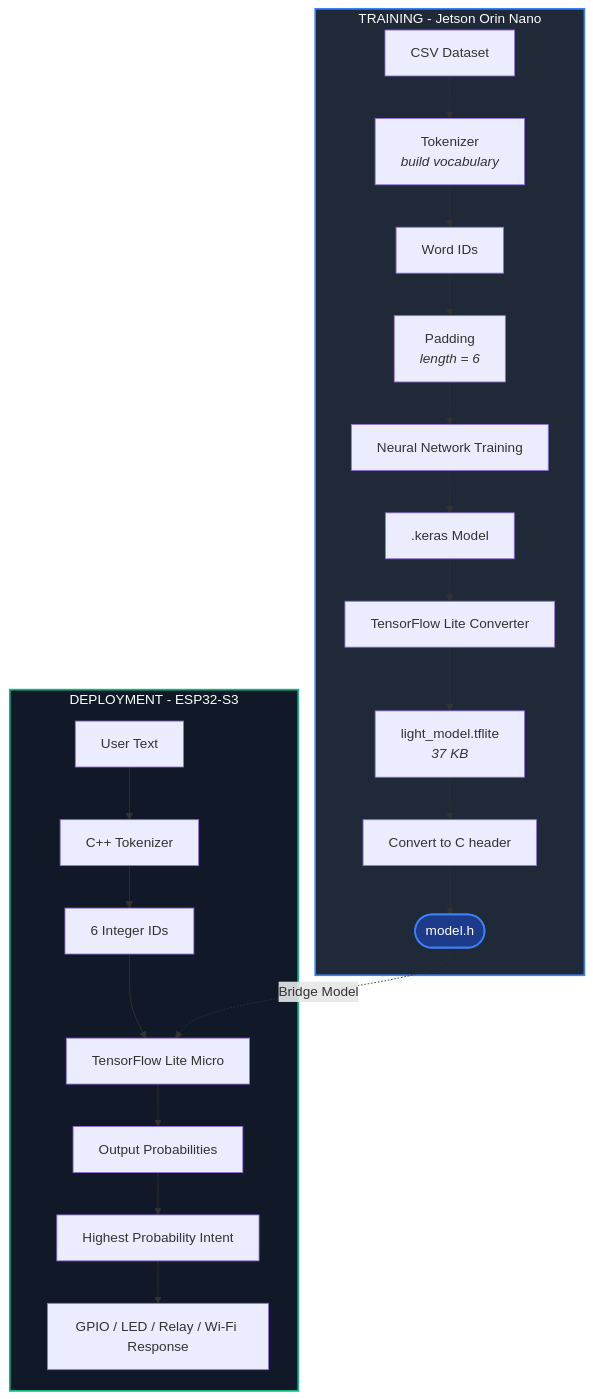
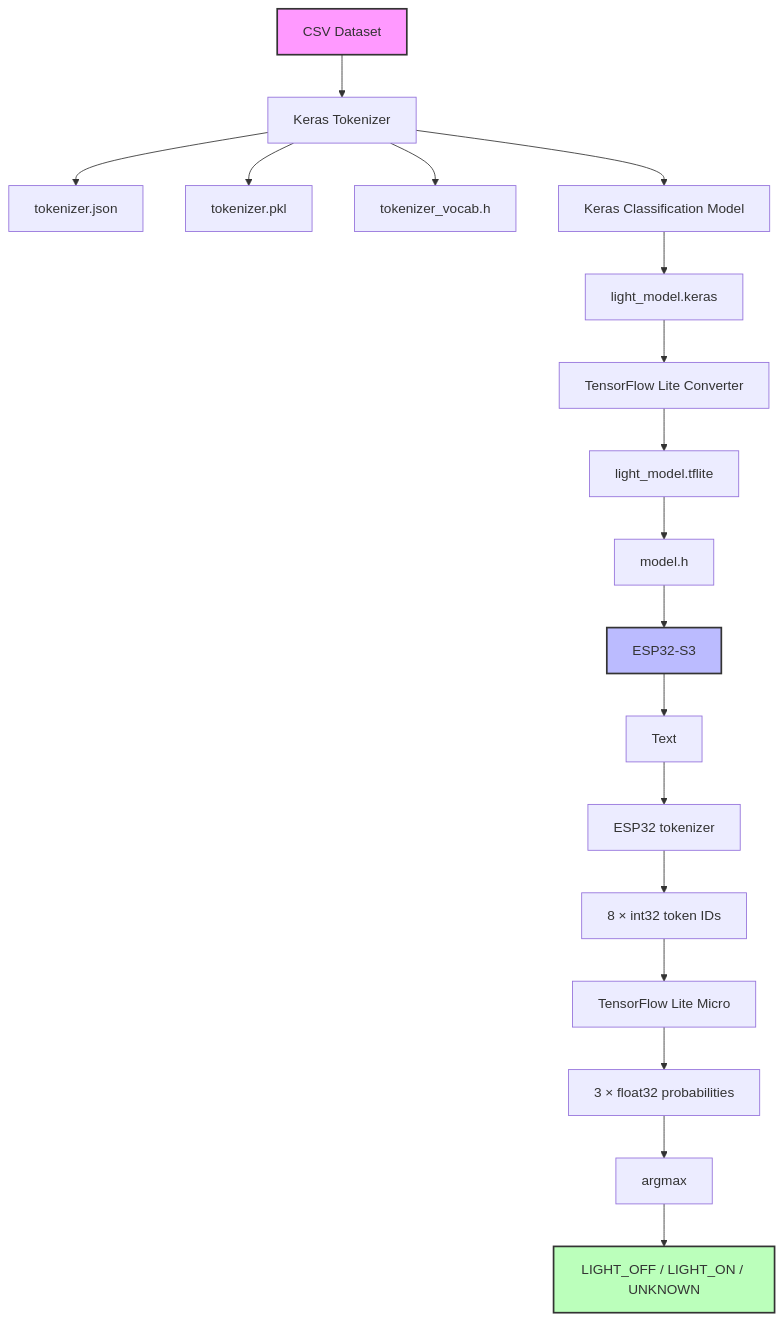
Before and after one commit to mailtopk/esp32_ai: the diagram in README.md, drawn with Mermaid. The commit also changed other lines of this file and 25 other files, not shown here.

````diff
--- a/README.md
+++ b/README.md
@@ -108,32 +60,30 @@
 ```mermaid
-flowchart TD
-    %% Styling and Subgraphs
-    subgraph Training [TRAINING - Jetson Orin Nano]
-        A[CSV Dataset] --> B[Tokenizer <br><i>build vocabulary</i>]
-        B --> C[Word IDs]
-        C --> D[Padding <br><i>length = 6</i>]
-        D --> E[Neural Network Training]
-        E --> F[.keras Model]
-        F --> G[TensorFlow Lite Converter]
-        G --> H[light_model.tflite <br><i>37 KB</i>]
-        H --> I[Convert to C header]
-        I --> J([model.h])
-    end
+graph TD
+    %% Training Dataset to Serialization
+    A[CSV Dataset] --> B[Keras Tokenizer]
+    B --> B1[tokenizer.json]
+    B --> B2[tokenizer.pkl]
+    B --> B3[tokenizer_vocab.h]
 
-    subgraph Deployment [DEPLOYMENT - ESP32-S3]
-        K[User Text] --> L[C++ Tokenizer]
-        L --> M[6 Integer IDs]
-        M --> N[TensorFlow Lite Micro]
-        N --> O[Output Probabilities]
-        O --> P[Highest Probability Intent]
-        P --> Q[GPIO / LED / Relay / Wi-Fi Response]
-    end
+    %% Training to Conversion
+    B --> C[Keras Classification Model]
+    C --> D[light_model.keras]
+    D --> E[TensorFlow Lite Converter]
+    E --> F[light_model.tflite]
+    F --> G[model.h]
 
-    %% Connect the two phases via the exported model header
-    J -. Bridge Model .-> N
+    %% MCU Deployment and Inference Pipeline
+    G --> H[ESP32-S3]
+    H --> I[Text]
+    I --> J[ESP32 tokenizer]
+    J --> K[8 × int32 token IDs]
+    K --> L[TensorFlow Lite Micro]
+    L --> M[3 × float32 probabilities]
+    M --> N[argmax]
+    N --> O[LIGHT_OFF / LIGHT_ON / UNKNOWN]
 
-    %% Custom colors for GitHub Dark/Light themes
-    style Training fill:#1f2937,stroke:#3b82f6,stroke-width:2px,color:#fff
-    style Deployment fill:#111827,stroke:#10b981,stroke-width:2px,color:#fff
-    style J fill:#1e3a8a,stroke:#3b82f6,stroke-width:2px,color:#fff
+    %% Styling for better scannability
+    style A fill:#f9f,stroke:#333,stroke-width:2px
+    style H fill:#bbf,stroke:#333,stroke-width:2px
+    style O fill:#bfb,stroke:#333,stroke-width:2px
 ```
````
